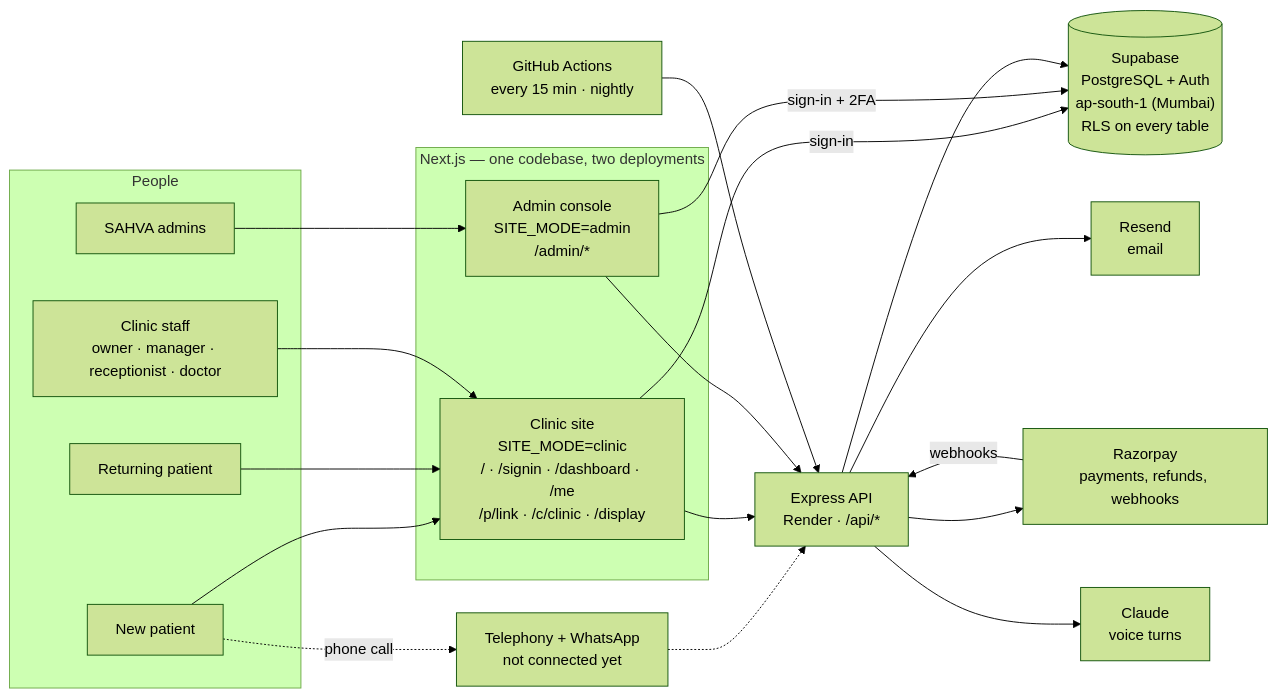
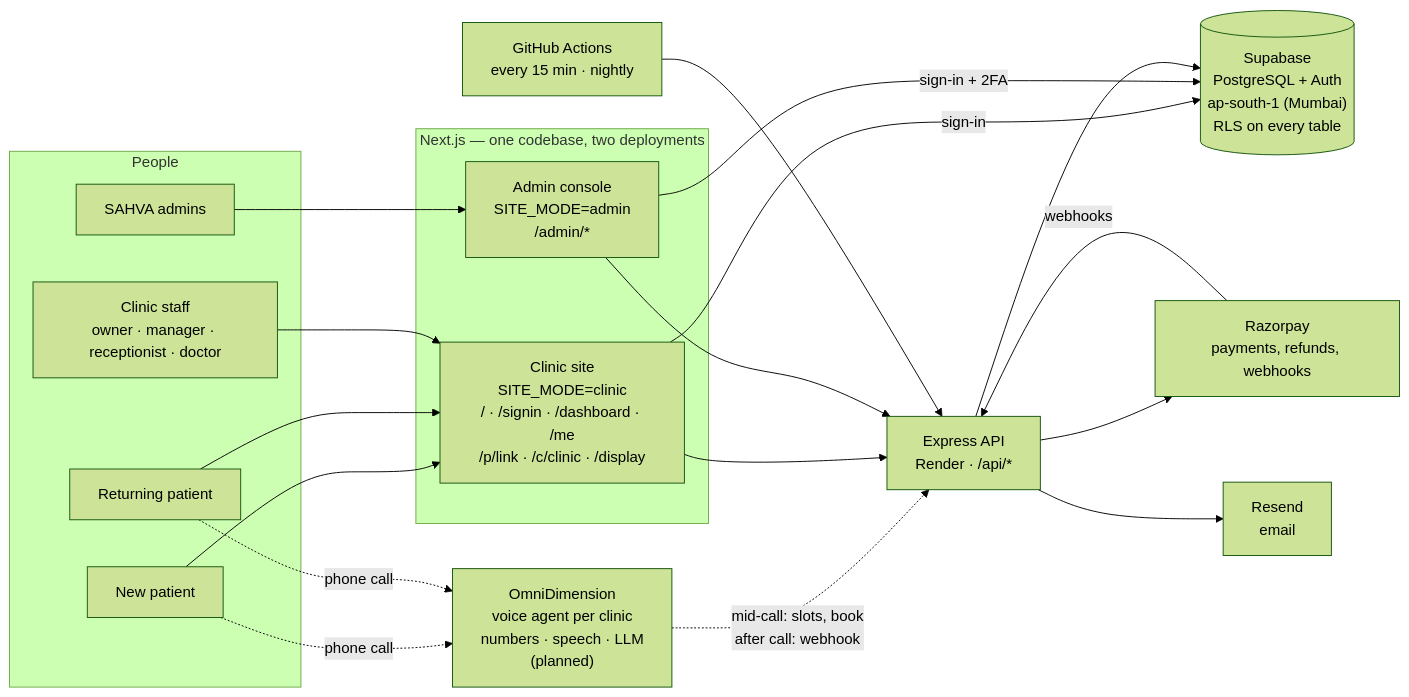
One commit to akshaykumarkorepu/SAHVA changed the first of 4 diagrams in README.md. Above: the diagram before and after it, drawn with Mermaid (forest theme). The commit also changed other lines of this file, not shown here.

First line of the commit message:
README: voice calls on OmniDimension (MVP plan), integration shape, costs, demo

````diff
--- a/README.md
+++ b/README.md
@@ -55,39 +57,37 @@
 ```mermaid
 flowchart LR
   subgraph People
     P1[New patient]
     P2[Returning patient]
     ST[Clinic staff<br/>owner · manager · receptionist · doctor]
     AD[SAHVA admins]
   end
 
   subgraph Web["Next.js — one codebase, two deployments"]
     CS["Clinic site<br/>SITE_MODE=clinic<br/>/ · /signin · /dashboard · /me<br/>/p/link · /c/clinic · /display"]
     AC["Admin console<br/>SITE_MODE=admin<br/>/admin/*"]
   end
 
   API["Express API<br/>Render · /api/*"]
   DB[("Supabase<br/>PostgreSQL + Auth<br/>ap-south-1 (Mumbai)<br/>RLS on every table")]
 
   RZ[Razorpay<br/>payments, refunds, webhooks]
   RS[Resend<br/>email]
-  LLM[Claude<br/>voice turns]
-  TEL[Telephony + WhatsApp<br/>not connected yet]
+  OD["OmniDimension<br/>voice agent per clinic<br/>numbers · speech · LLM<br/>(planned)"]
   GH[GitHub Actions<br/>every 15 min · nightly]
 
   P1 & P2 --> CS
   ST --> CS
   AD --> AC
-  P1 -. phone call .-> TEL
-  TEL -.-> API
+  P1 & P2 -. phone call .-> OD
+  OD -. "mid-call: slots, book<br/>after call: webhook" .-> API
   CS --> API
   AC --> API
   CS -- sign-in --> DB
   AC -- sign-in + 2FA --> DB
   API --> DB
   API --> RZ
   RZ -- webhooks --> API
   API --> RS
-  API --> LLM
   GH --> API
 ```
````
